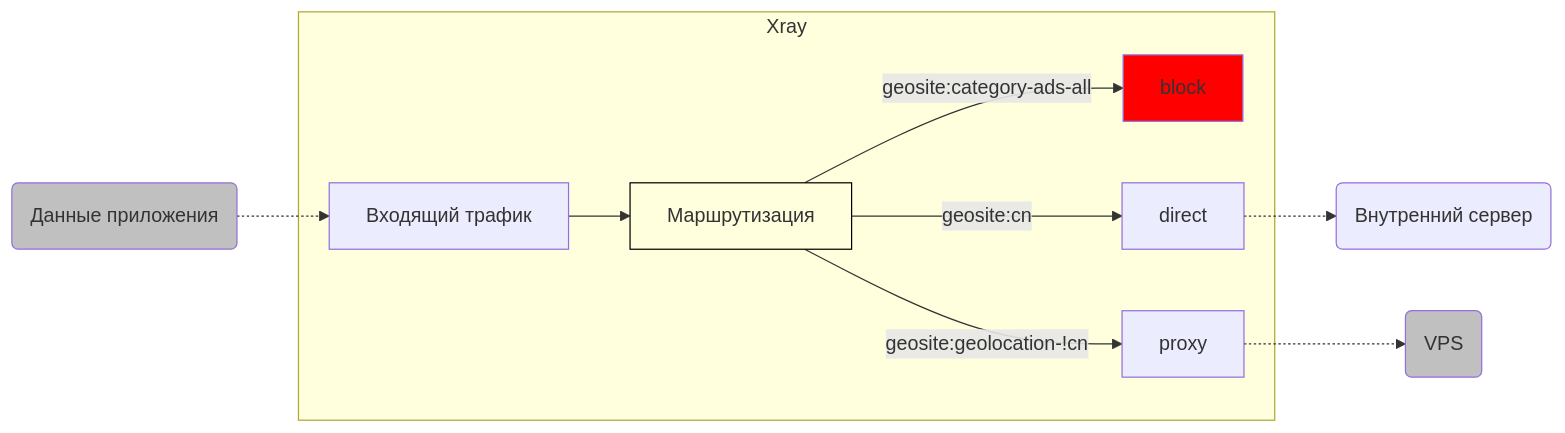
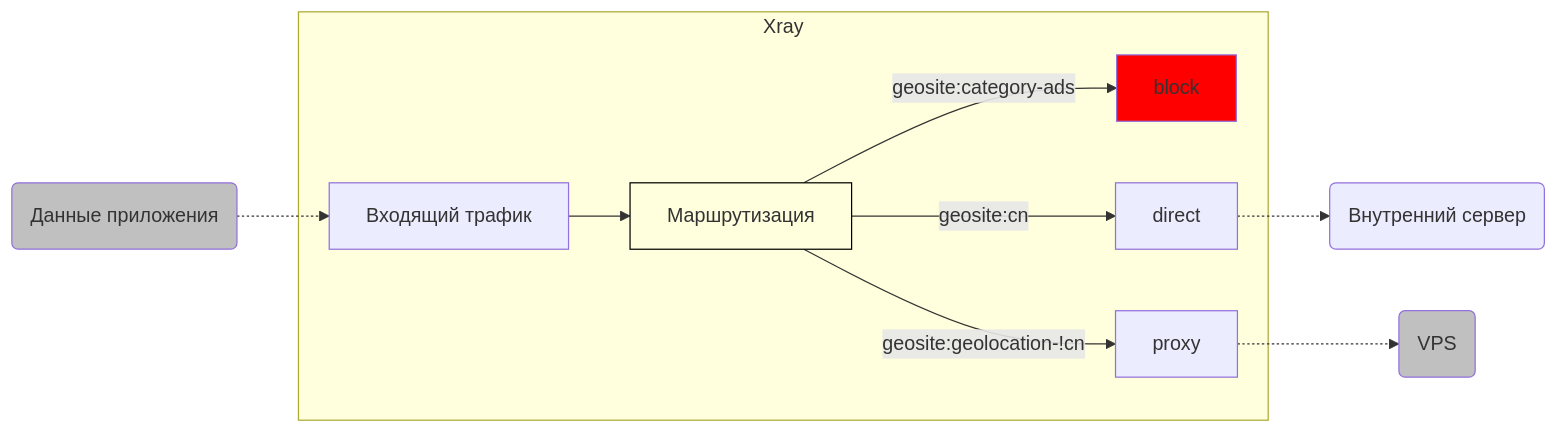
Before and after one commit to XTLS/Xray-docs-next: the second of 4 diagrams in docs/ru/document/level-1/routing-lv1-part1.md, drawn with Mermaid. The commit also changed other lines of this file and 35 other files, not shown here.

````diff
--- a/docs/ru/document/level-1/routing-lv1-part1.md
+++ b/docs/ru/document/level-1/routing-lv1-part1.md
@@ -155,25 +155,25 @@
 ```mermaid
     graph LR;
 
     S(Данные приложения) .-> I[Входящий трафик]
 
     subgraph Xray
-    I --> R[Маршрутизация] -- "geosite:category-ads-all" --> O1[block]
+    I --> R[Маршрутизация] -- "geosite:category-ads" --> O1[block]
     R[Маршрутизация] -- "geosite:cn" --> O2[direct]
     R[Маршрутизация] -- "geosite:geolocation-!cn" --> O3[proxy]
 
     end
 
     O2 .-> D(Внутренний сервер)
     O3 .-> V(VPS)
 
     O1:::redclass
     V:::greyclass
     S:::greyclass
     R:::routingclass
 
     classDef redclass fill:#FF0000
     classDef greyclass fill:#C0C0C0
     classDef routingclass fill:#FFFFDE,stroke:#000000
 
 ```
````
